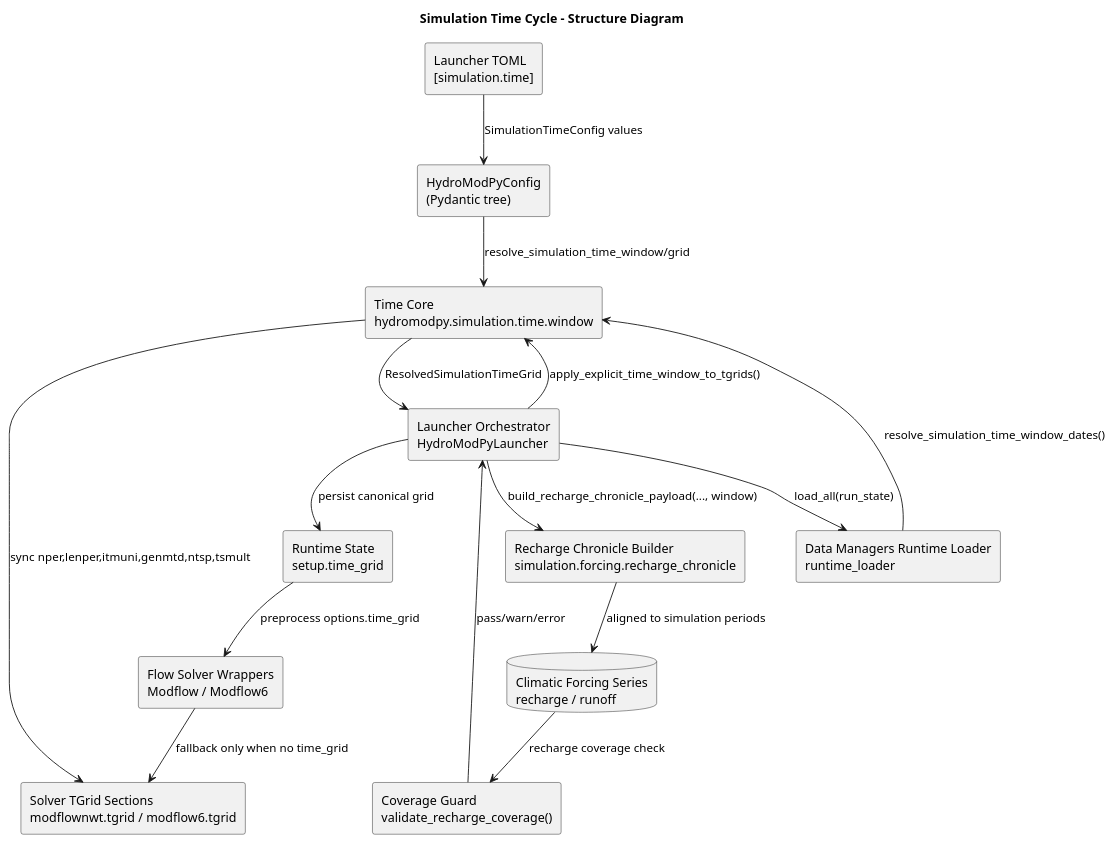
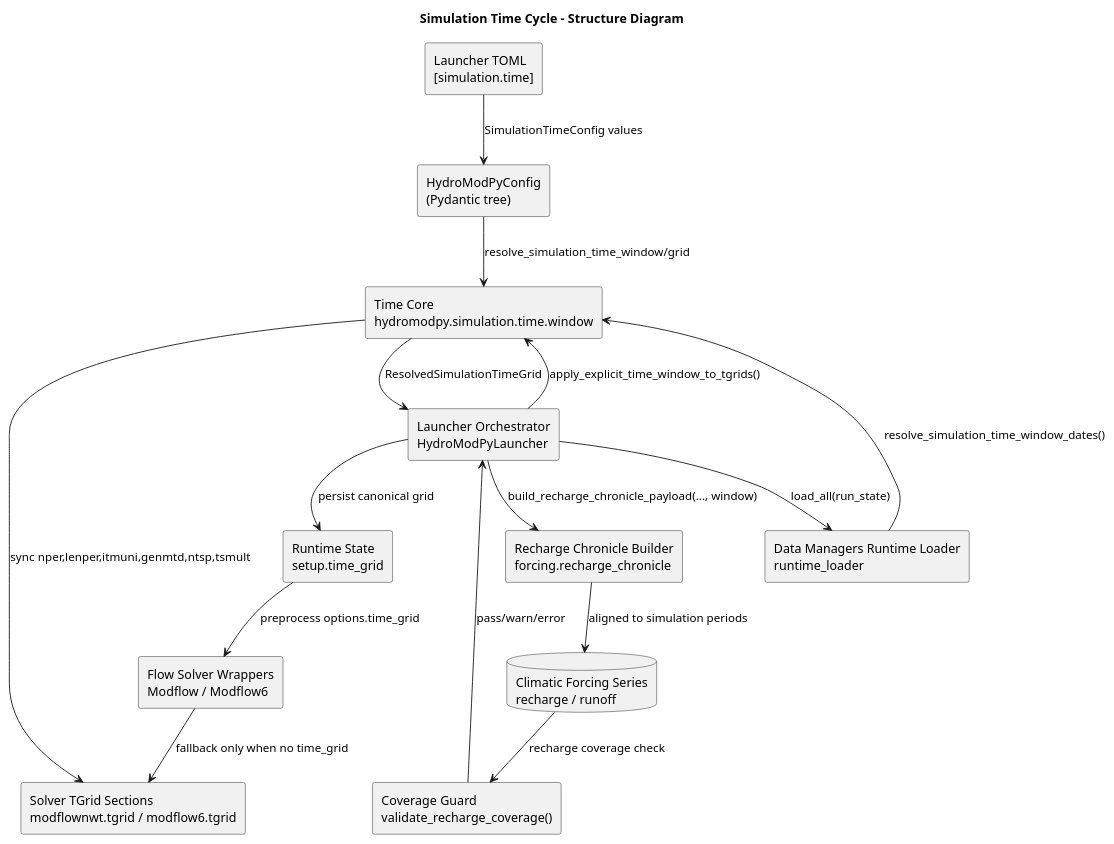
Before and after one commit to HydroModPy/HydroModPy: the diagram in docs/readthedocs/source/architecture/simulation/diagrams/simulation_time_cycle_structure.wsd, drawn with PlantUML. The commit also changed 7 other files, not shown here.

```diff
--- a/docs/readthedocs/source/architecture/simulation/diagrams/simulation_time_cycle_structure.wsd
+++ b/docs/readthedocs/source/architecture/simulation/diagrams/simulation_time_cycle_structure.wsd
@@ -1,36 +1,36 @@
 @startuml
 title Simulation Time Cycle - Structure Diagram
 skinparam componentStyle rectangle
 
 component "Launcher TOML\n[simulation.time]" as TomlTime
 component "HydroModPyConfig\n(Pydantic tree)" as TypedConfig
 component "Time Core\nhydromodpy.simulation.time.window" as TimeCore
 component "Launcher Orchestrator\nHydroModPyLauncher" as Launcher
 component "Runtime State\nsetup.time_grid" as RuntimeState
 component "Solver TGrid Sections\nmodflownwt.tgrid / modflow6.tgrid" as SolverTgrid
 component "Data Managers Runtime Loader\nruntime_loader" as DataLoader
-component "Recharge Chronicle Builder\nsimulation.forcing.recharge_chronicle" as RechargeBuilder
+component "Recharge Chronicle Builder\nforcing.recharge_chronicle" as RechargeBuilder
 component "Coverage Guard\nvalidate_recharge_coverage()" as CoverageGuard
 component "Flow Solver Wrappers\nModflow / Modflow6" as FlowSolvers
 database "Climatic Forcing Series\nrecharge / runoff" as ForcingSeries
 
 TomlTime --> TypedConfig : SimulationTimeConfig values
 TypedConfig --> TimeCore : resolve_simulation_time_window/grid
 
 TimeCore --> Launcher : ResolvedSimulationTimeGrid
 Launcher --> RuntimeState : persist canonical grid
 
 Launcher --> TimeCore : apply_explicit_time_window_to_tgrids()
 TimeCore --> SolverTgrid : sync nper,lenper,itmuni,genmtd,ntsp,tsmult
 
 Launcher --> DataLoader : load_all(run_state)
 DataLoader --> TimeCore : resolve_simulation_time_window_dates()
 
 Launcher --> RechargeBuilder : build_recharge_chronicle_payload(..., window)
 RechargeBuilder --> ForcingSeries : aligned to simulation periods
 ForcingSeries --> CoverageGuard : recharge coverage check
 CoverageGuard --> Launcher : pass/warn/error
 
 RuntimeState --> FlowSolvers : preprocess options.time_grid
 FlowSolvers --> SolverTgrid : fallback only when no time_grid
 @enduml
```
